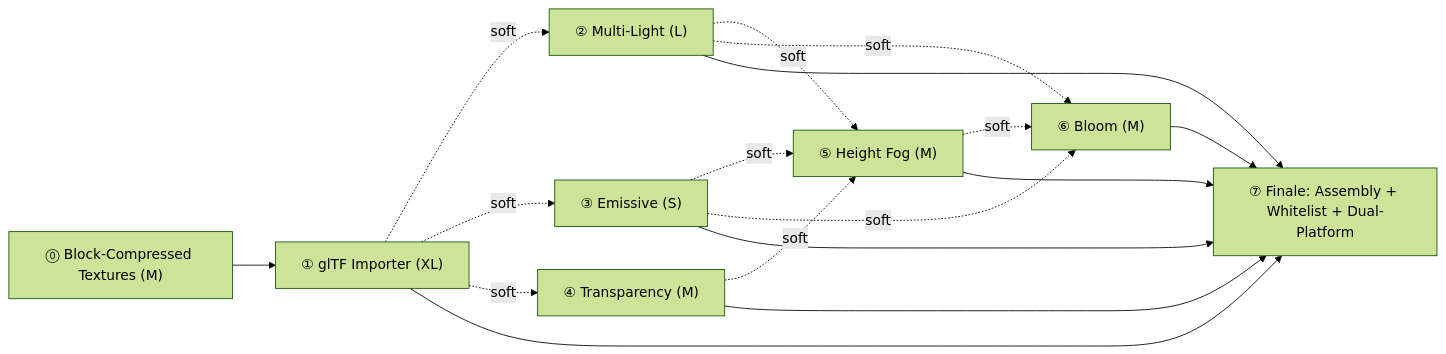
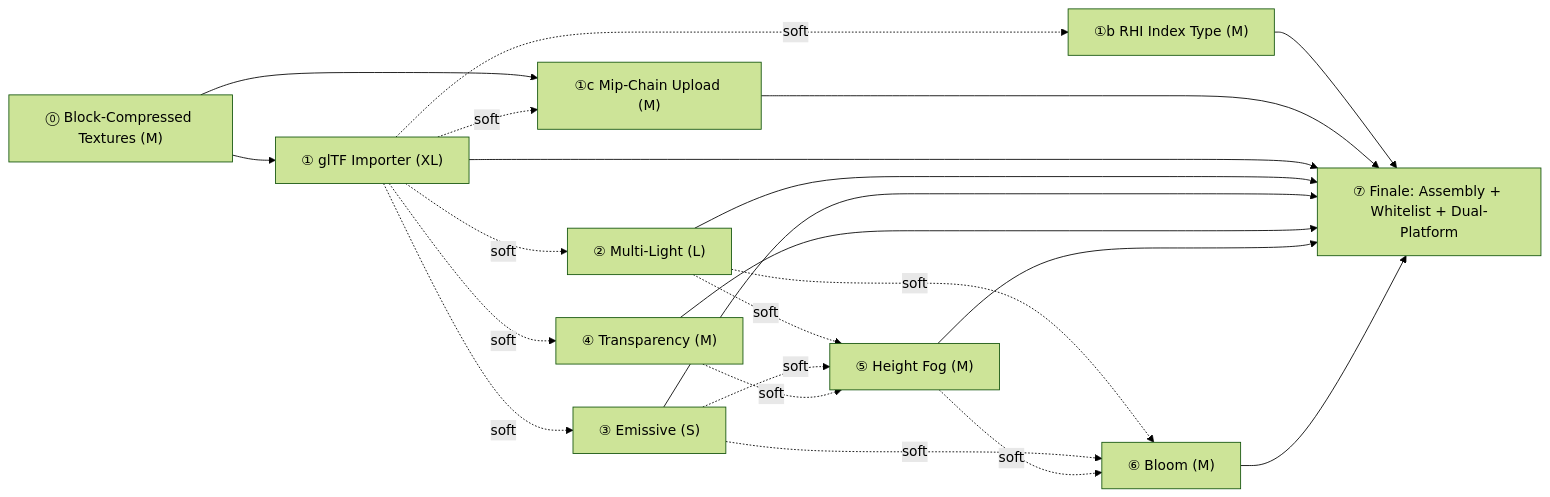
Before and after one commit to slmao/Atlantis: the diagram in docs/specs/0036-bistro-parity-roadmap.md, drawn with Mermaid (forest theme). The commit also changed other lines of this file and 1 other file, not shown here.

First line of the commit message:
spec: add roadmap workflows ①b/①c and correct Spec 0037 licence wording

````diff
--- a/docs/specs/0036-bistro-parity-roadmap.md
+++ b/docs/specs/0036-bistro-parity-roadmap.md
@@ -493,28 +555,35 @@
 ```mermaid
 graph LR
   W0["⓪ Block-Compressed Textures (M)"]
   W1["① glTF Importer (XL)"]
+  W1b["①b RHI Index Type (M)"]
+  W1c["①c Mip-Chain Upload (M)"]
   W2["② Multi-Light (L)"]
   W3["③ Emissive (S)"]
   W4["④ Transparency (M)"]
   W5["⑤ Height Fog (M)"]
   W6["⑥ Bloom (M)"]
   W7["⑦ Finale: Assembly + Whitelist + Dual-Platform"]
 
   W0 --> W1
+  W0 --> W1c
+  W1 -. soft .-> W1b
+  W1 -. soft .-> W1c
+  W1b --> W7
+  W1c --> W7
   W1 -. soft .-> W2
   W1 -. soft .-> W3
   W1 -. soft .-> W4
   W2 -. soft .-> W5
   W3 -. soft .-> W5
   W4 -. soft .-> W5
   W2 -. soft .-> W6
   W3 -. soft .-> W6
   W5 -. soft .-> W6
   W1 --> W7
   W2 --> W7
   W3 --> W7
   W4 --> W7
   W5 --> W7
   W6 --> W7
 ```
````
